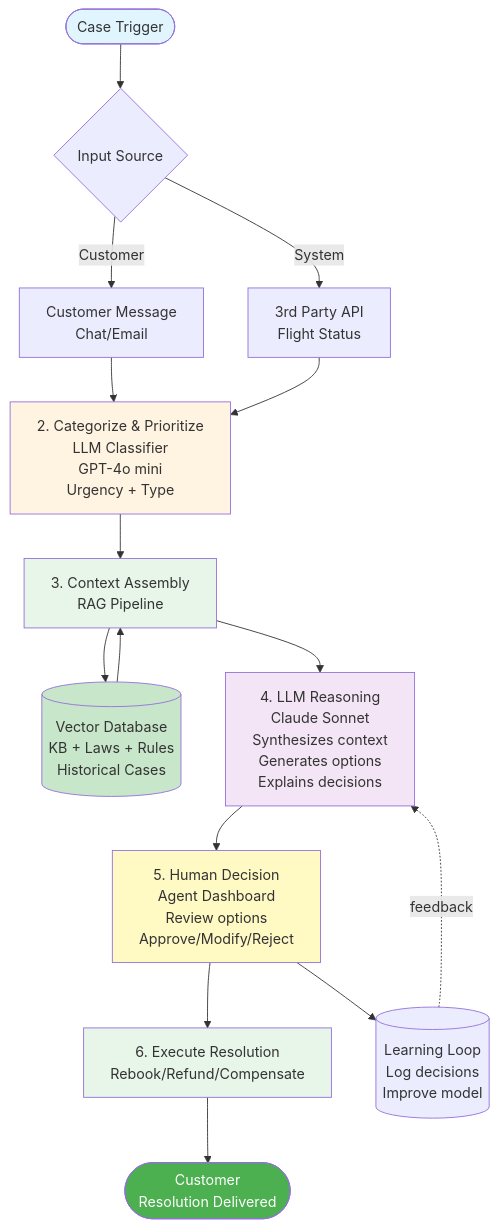
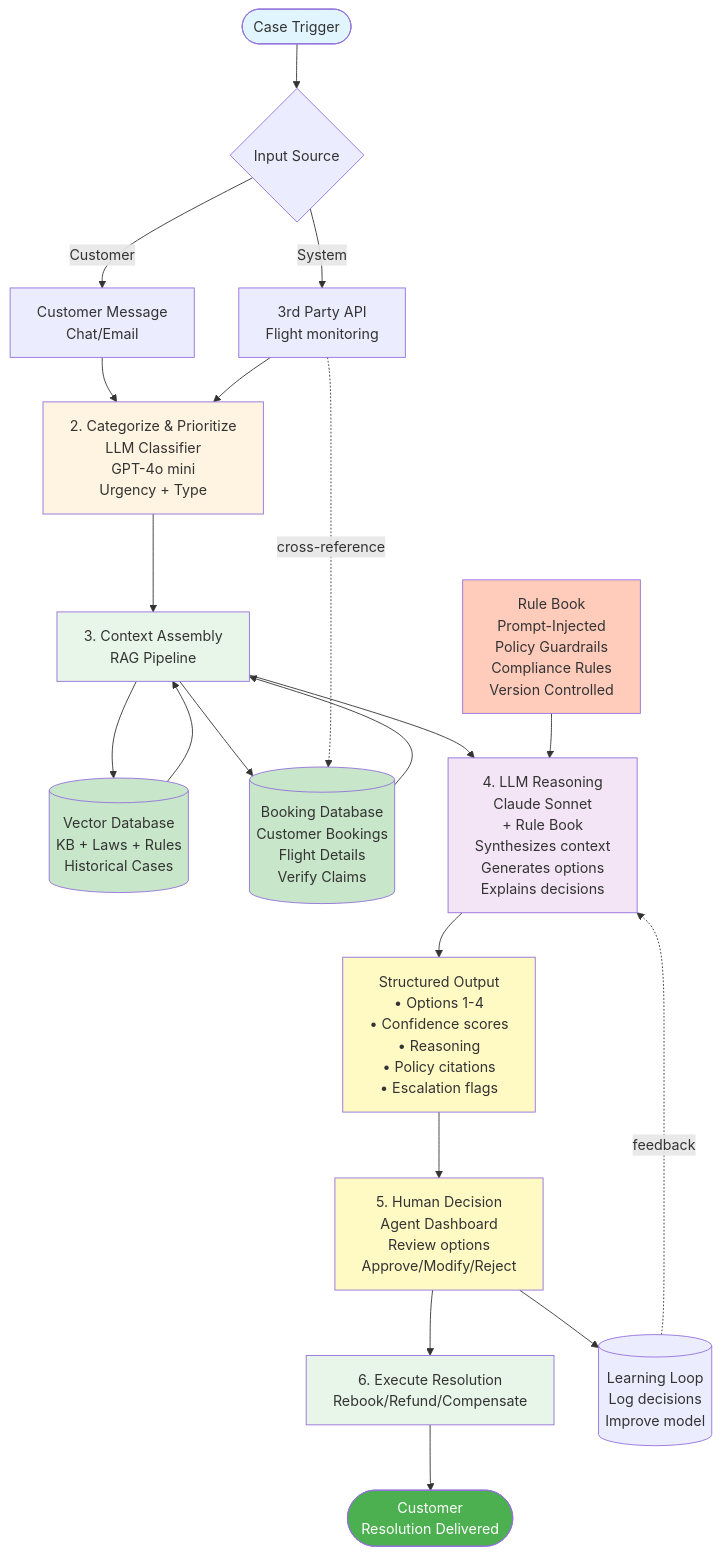
The first of 5 diagrams in design/system-design.md (slinky-daxie/kiwi), drawn with Mermaid before and after one commit. The commit also changed other lines of this file, not shown here.

First line of the commit message:
Sync system-design.md with updated agentic flow architecture

````diff
--- a/design/system-design.md
+++ b/design/system-design.md
@@ -46,35 +46,48 @@
 ```mermaid
 flowchart TD
     Start([Case Trigger]) --> Input{Input Source}
     Input -->|Customer| CustomerMsg[Customer Message<br/>Chat/Email]
-    Input -->|System| FlightAPI[3rd Party API<br/>Flight Status]
+    Input -->|System| FlightAPI[3rd Party API<br/>Flight monitoring]
     
     CustomerMsg --> Categorize
     FlightAPI --> Categorize
     
     Categorize[2. Categorize & Prioritize<br/>LLM Classifier<br/>GPT-4o mini<br/>Urgency + Type]
     
     Categorize --> Context[3. Context Assembly<br/>RAG Pipeline]
     
     Context --> VectorDB[(Vector Database<br/>KB + Laws + Rules<br/>Historical Cases)]
     VectorDB --> Context
     
-    Context --> Reasoning[4. LLM Reasoning<br/>Claude Sonnet<br/>Synthesizes context<br/>Generates options<br/>Explains decisions]
+    Context --> BookingDB[(Booking Database<br/>Customer Bookings<br/>Flight Details<br/>Verify Claims)]
+    BookingDB --> Context
     
-    Reasoning --> Human[5. Human Decision<br/>Agent Dashboard<br/>Review options<br/>Approve/Modify/Reject]
+    FlightAPI -.cross-reference.-> BookingDB
+    
+    Context --> Reasoning[4. LLM Reasoning<br/>Claude Sonnet<br/>+ Rule Book<br/>Synthesizes context<br/>Generates options<br/>Explains decisions]
+    
+    RuleBook[Rule Book<br/>Prompt-Injected<br/>Policy Guardrails<br/>Compliance Rules<br/>Version Controlled]
+    RuleBook --> Reasoning
+    
+    Reasoning --> StructuredOutput[Structured Output<br/>• Options 1-4<br/>• Confidence scores<br/>• Reasoning<br/>• Policy citations<br/>• Escalation flags]
+    
+    StructuredOutput --> Human[5. Human Decision<br/>Agent Dashboard<br/>Review options<br/>Approve/Modify/Reject]
     
     Human --> Execute[6. Execute Resolution<br/>Rebook/Refund/Compensate]
     Execute --> Customer([Customer<br/>Resolution Delivered])
     
     Human --> Learning[(Learning Loop<br/>Log decisions<br/>Improve model)]
     Learning -.feedback.-> Reasoning
     
     style Start fill:#e1f5ff
     style Categorize fill:#fff4e1
     style Context fill:#e8f5e9
     style VectorDB fill:#c8e6c9
+    style BookingDB fill:#c8e6c9
+    style RuleBook fill:#ffccbc
     style Reasoning fill:#f3e5f5
+    style StructuredOutput fill:#fff9c4
     style Human fill:#fff9c4
     style Execute fill:#e8f5e9
     style Customer fill:#4caf50,color:#fff
 ```
````
